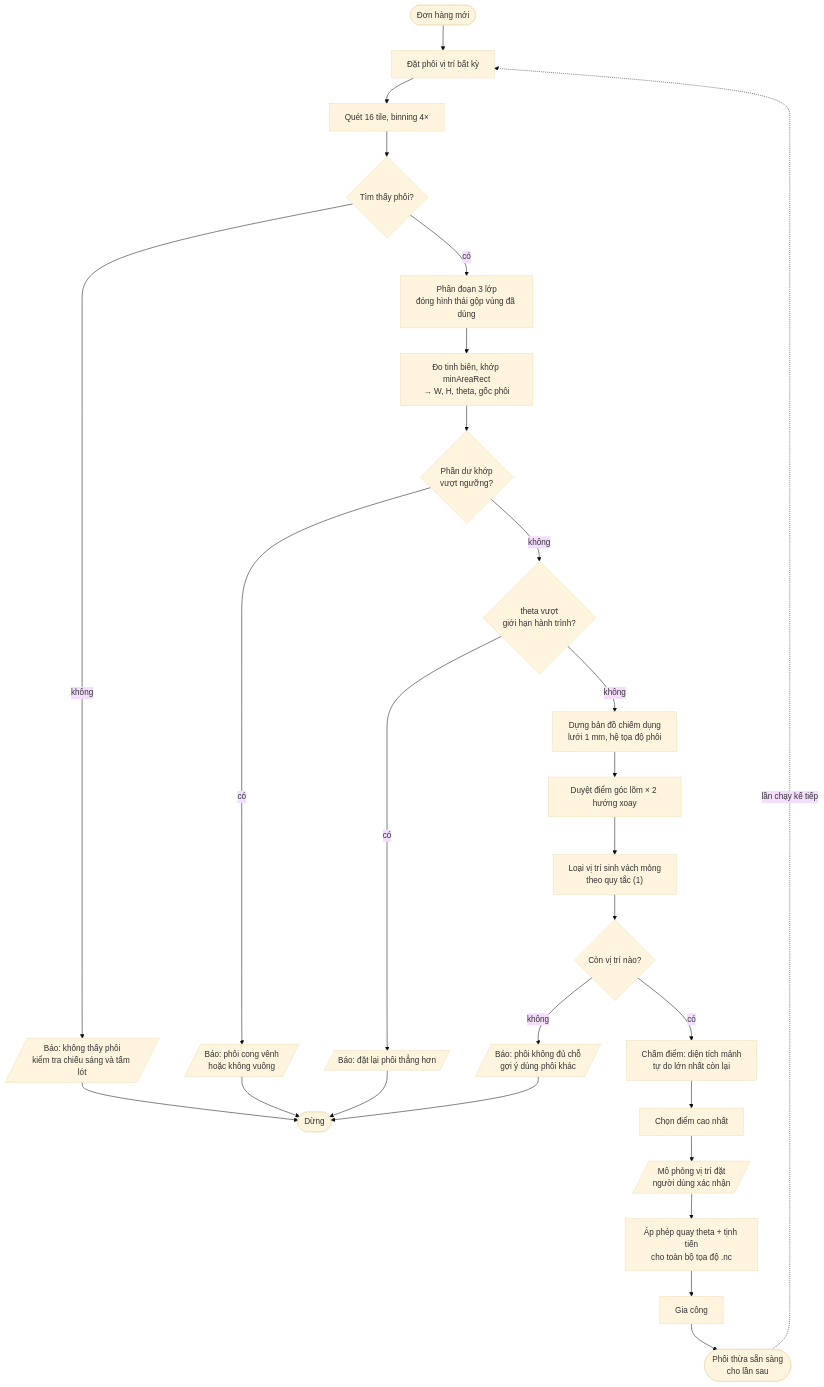
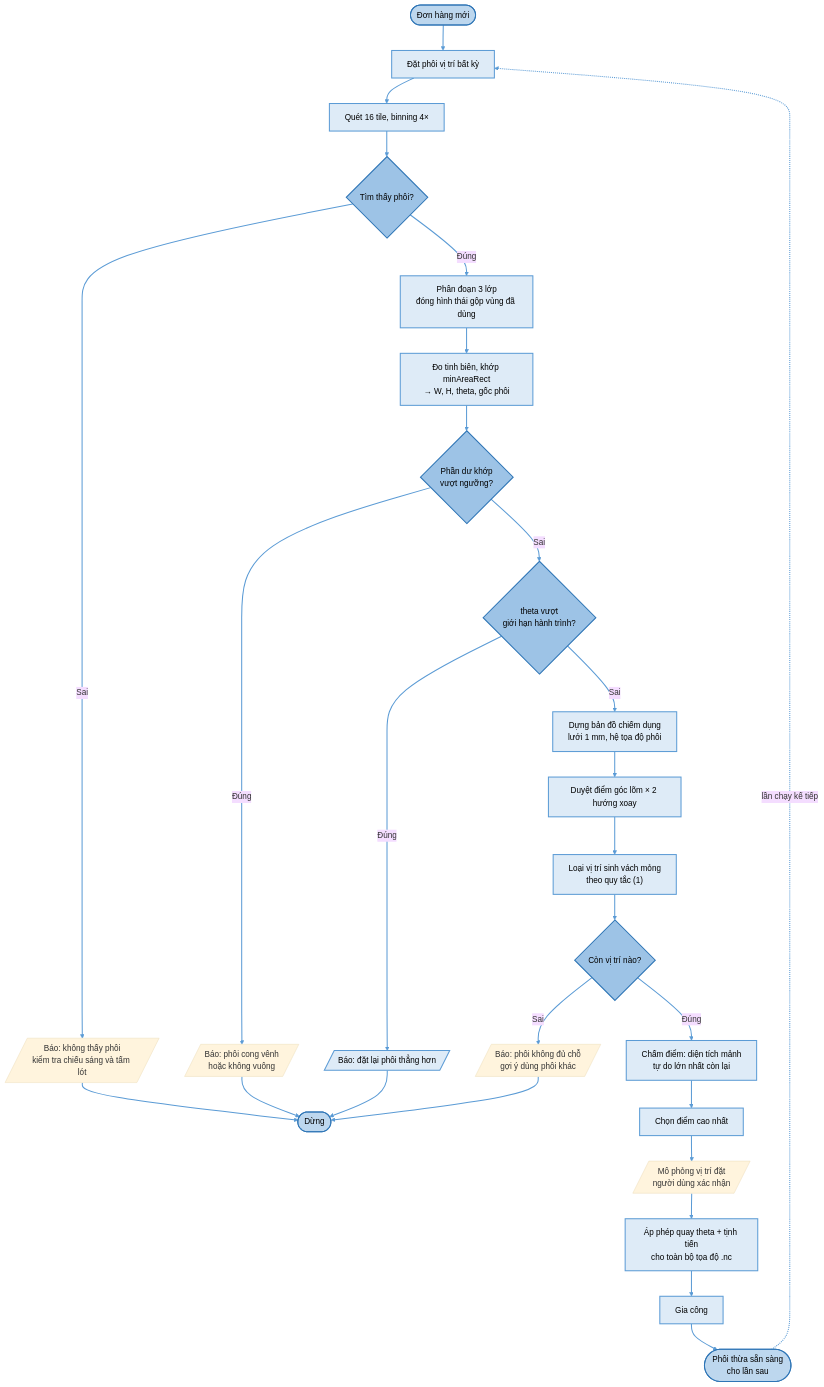
The diagram in docs/dinh-vi-va-toi-uu-phoi.md (nguyentanphat1908-collab/IDE), drawn with Mermaid (base theme) before and after one commit. The commit also changed 4 other files, not shown here.

First line of the commit message:
Vẽ lại lưu đồ theo chuẩn ký hiệu kinh điển

````diff
--- a/docs/dinh-vi-va-toi-uu-phoi.md
+++ b/docs/dinh-vi-va-toi-uu-phoi.md
@@ -289,29 +289,35 @@
 ```mermaid
 flowchart TD
-    A([Đơn hàng mới]) --> B["Đặt phôi vị trí bất kỳ"]
-    B --> C["Quét 16 tile, binning 4×"]
-    C --> D{"Tìm thấy phôi?"}
-    D -- không --> E[/"Báo: không thấy phôi<br/>kiểm tra chiếu sáng và tấm lót"/]
-    E --> Z([Dừng])
-    D -- có --> F["Phân đoạn 3 lớp<br/>đóng hình thái gộp vùng đã dùng"]
-    F --> G["Đo tinh biên, khớp minAreaRect<br/>→ W, H, theta, gốc phôi"]
-    G --> H{"Phần dư khớp<br/>vượt ngưỡng?"}
-    H -- có --> I[/"Báo: phôi cong vênh<br/>hoặc không vuông"/]
+    A([Đơn hàng mới]):::term --> B["Đặt phôi vị trí bất kỳ"]:::proc
+    B --> C["Quét 16 tile, binning 4×"]:::proc
+    C --> D{"Tìm thấy phôi?"}:::dec
+    D -- Sai --> E[/"Báo: không thấy phôi<br/>kiểm tra chiếu sáng và tấm lót"/]
+    E --> Z([Dừng]):::term
+    D -- Đúng --> F["Phân đoạn 3 lớp<br/>đóng hình thái gộp vùng đã dùng"]:::proc
+    F --> G["Đo tinh biên, khớp minAreaRect<br/>→ W, H, theta, gốc phôi"]:::proc
+    G --> H{"Phần dư khớp<br/>vượt ngưỡng?"}:::dec
+    H -- Đúng --> I[/"Báo: phôi cong vênh<br/>hoặc không vuông"/]
     I --> Z
-    H -- không --> J{"theta vượt<br/>giới hạn hành trình?"}
-    J -- có --> K[/"Báo: đặt lại phôi thẳng hơn"/]
+    H -- Sai --> J{"theta vượt<br/>giới hạn hành trình?"}:::dec
+    J -- Đúng --> K[/"Báo: đặt lại phôi thẳng hơn"/]:::io
     K --> Z
-    J -- không --> L["Dựng bản đồ chiếm dụng<br/>lưới 1 mm, hệ tọa độ phôi"]
-    L --> M["Duyệt điểm góc lõm × 2 hướng xoay"]
-    M --> N["Loại vị trí sinh vách mỏng<br/>theo quy tắc (1)"]
-    N --> O{"Còn vị trí nào?"}
-    O -- không --> P[/"Báo: phôi không đủ chỗ<br/>gợi ý dùng phôi khác"/]
+    J -- Sai --> L["Dựng bản đồ chiếm dụng<br/>lưới 1 mm, hệ tọa độ phôi"]:::proc
+    L --> M["Duyệt điểm góc lõm × 2 hướng xoay"]:::proc
+    M --> N["Loại vị trí sinh vách mỏng<br/>theo quy tắc (1)"]:::proc
+    N --> O{"Còn vị trí nào?"}:::dec
+    O -- Sai --> P[/"Báo: phôi không đủ chỗ<br/>gợi ý dùng phôi khác"/]
     P --> Z
-    O -- có --> Q["Chấm điểm: diện tích mảnh<br/>tự do lớn nhất còn lại"]
-    Q --> R["Chọn điểm cao nhất"]
+    O -- Đúng --> Q["Chấm điểm: diện tích mảnh<br/>tự do lớn nhất còn lại"]:::proc
+    Q --> R["Chọn điểm cao nhất"]:::proc
     R --> S[/"Mô phỏng vị trí đặt<br/>người dùng xác nhận"/]
-    S --> T["Áp phép quay theta + tịnh tiến<br/>cho toàn bộ tọa độ .nc"]
-    T --> U["Gia công"]
-    U --> V(["Phôi thừa sẵn sàng<br/>cho lần sau"])
+    S --> T["Áp phép quay theta + tịnh tiến<br/>cho toàn bộ tọa độ .nc"]:::proc
+    T --> U["Gia công"]:::proc
+    U --> V(["Phôi thừa sẵn sàng<br/>cho lần sau"]):::term
     V -.->|"lần chạy kế tiếp"| B
+    classDef term fill:#BDD7EE,stroke:#2E75B6,stroke-width:2px,color:#000
+    classDef proc fill:#DEEBF7,stroke:#5B9BD5,stroke-width:2px,color:#000
+    classDef io   fill:#DEEBF7,stroke:#5B9BD5,stroke-width:2px,color:#000
+    classDef dec  fill:#9DC3E6,stroke:#2E75B6,stroke-width:2px,color:#000
+    classDef conn fill:#9DC3E6,stroke:#2E75B6,stroke-width:2px,color:#000
+    linkStyle default stroke:#5B9BD5,stroke-width:2px
 ```
````
